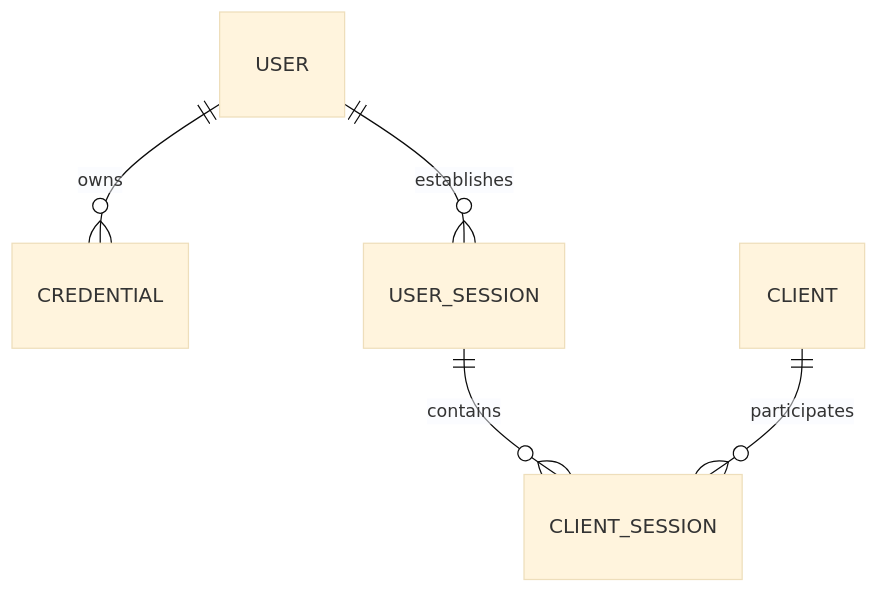
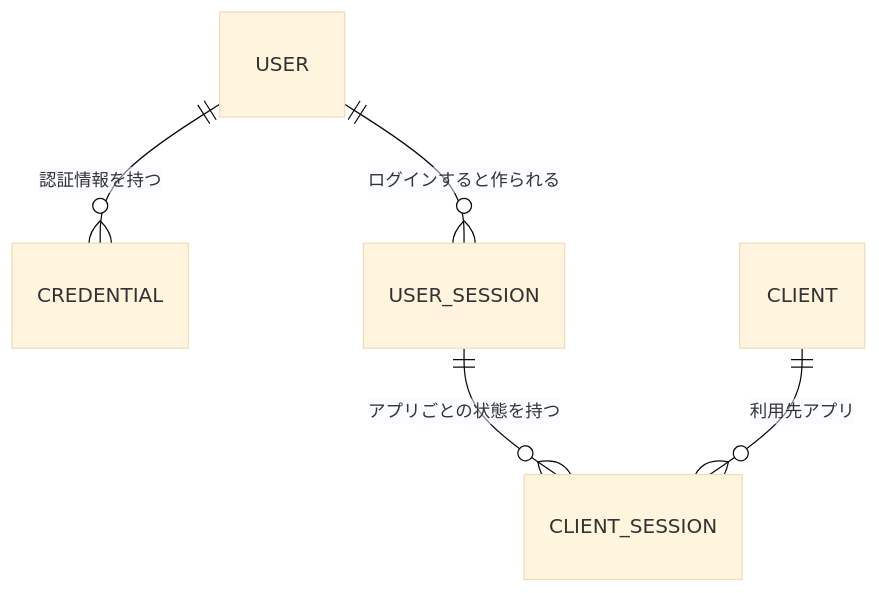
The fourth of 4 diagrams in article/qiita.md (higuuu/oidc-load-lab), drawn with Mermaid (base theme) before and after one commit. The commit also changed other lines of this file and 1 other file, not shown here.

Commit message:
Introduce Keycloak and experiment diagrams before measurement conditions

````diff
--- a/article/qiita.md
+++ b/article/qiita.md
@@ -188,7 +81,7 @@
 ```mermaid
 erDiagram
-    USER ||--o{ CREDENTIAL : owns
-    USER ||--o{ USER_SESSION : establishes
-    USER_SESSION ||--o{ CLIENT_SESSION : contains
-    CLIENT ||--o{ CLIENT_SESSION : participates
+    USER ||--o{ CREDENTIAL : "認証情報を持つ"
+    USER ||--o{ USER_SESSION : "ログインすると作られる"
+    USER_SESSION ||--o{ CLIENT_SESSION : "アプリごとの状態を持つ"
+    CLIENT ||--o{ CLIENT_SESSION : "利用先アプリ"
 ```
````
